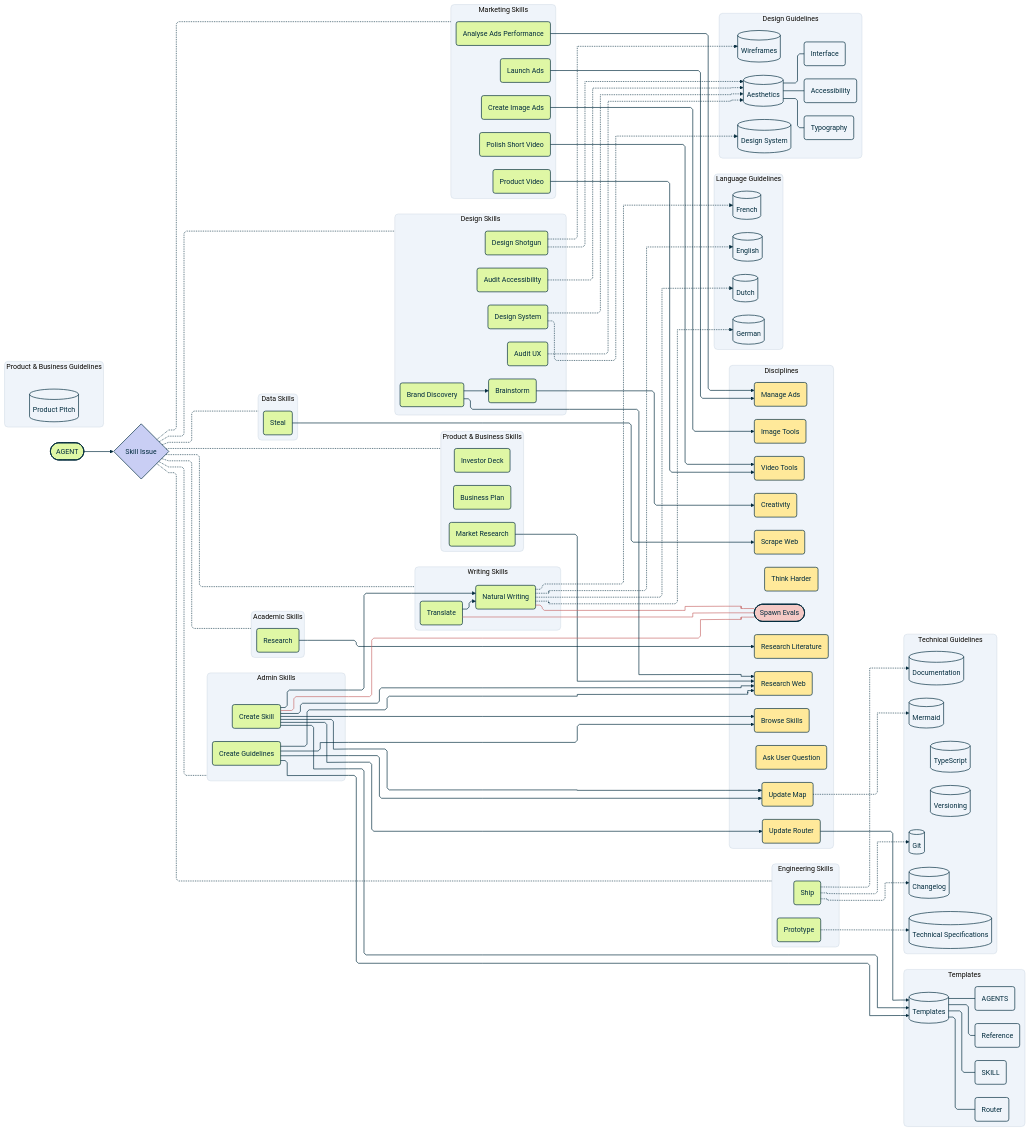
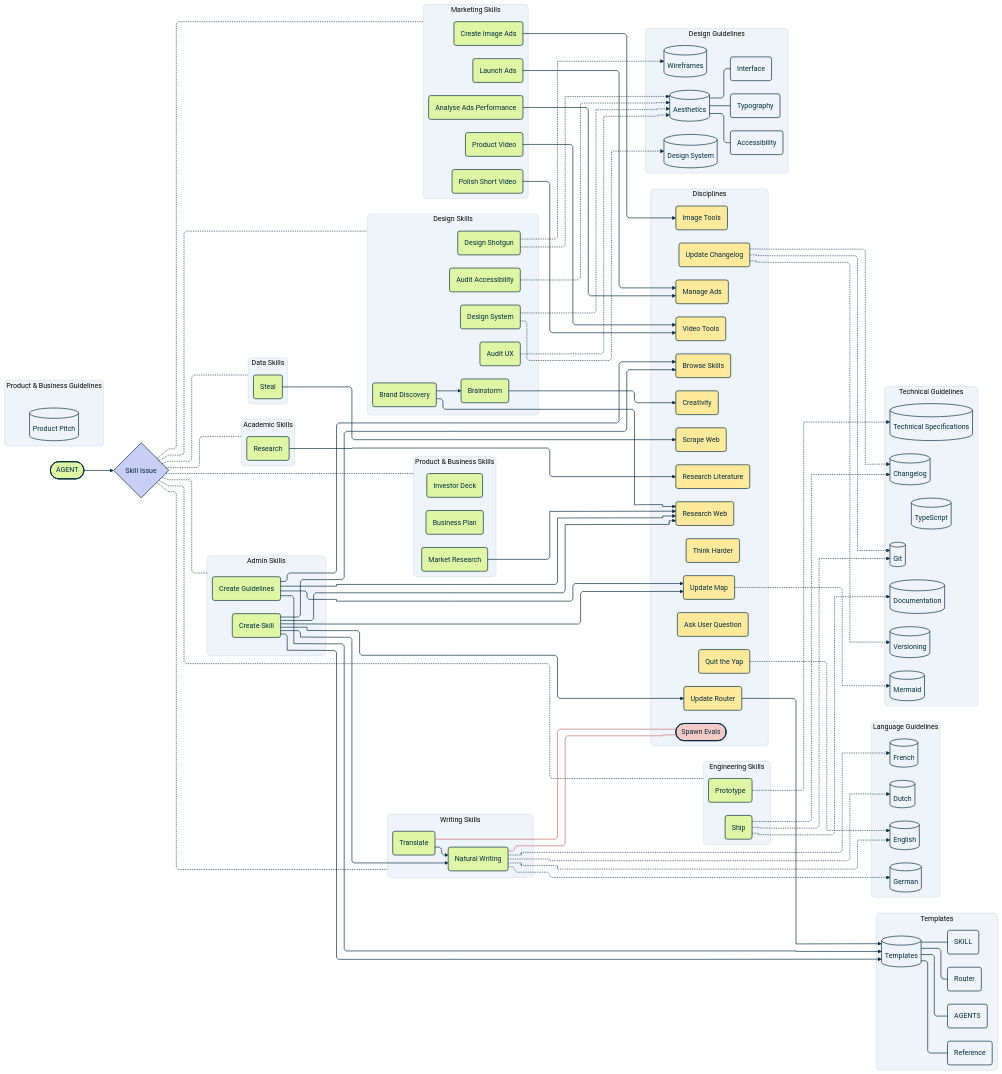
One commit to josuamittels/agent-stack changed the diagram in map.mmd. Above: the diagram before and after it, drawn with Mermaid. The commit also changed 6 other files, not shown here.

```diff
--- a/map.mmd
+++ b/map.mmd
@@ -87,6 +87,8 @@
         ask_user_question("Ask User Question")
         think_harder("Think Harder")
         browse_skills("Browse Skills")
+        update_changelog("Update Changelog")
+        quit_the_yap("Quit the Yap")
         update_map("Update Map")
         update_router("Update Router")
         research_web("Research Web")
@@ -151,7 +153,6 @@
     create_skill --> research_web
     create_skill --> browse_skills
     create_skill --> update_map
-    create_skill eval_create_skill@--- spawn_evals
     create_skill --> update_router
     update_router --> templates
     create_guidelines --> templates
@@ -159,6 +160,10 @@
     create_guidelines --> browse_skills
     create_guidelines --> update_map
     update_map -.-> mermaid
+    update_changelog -.-> changelog
+    update_changelog -.-> versioning
+    update_changelog -.-> git
+    quit_the_yap -.-> english
     translate --> natural_writing
     translate eval_translate@--- spawn_evals
     natural_writing eval_natural_writing@--- spawn_evals
@@ -188,7 +193,7 @@
     classDef knowledge fill:#EFF4FA,stroke:#002B3D,color:#002B3D,stroke-width:1.5px
     classDef document fill:#EFF4FA,stroke:#002B3D,color:#002B3D,stroke-width:1.5px
     classDef section rx:8px,ry:8px
-    class ask_user_question,think_harder,browse_skills,update_map,update_router,research_web,scrape_web,research_literature,manage_ads,creativity,image_tools,video_tools method;
+    class ask_user_question,think_harder,browse_skills,update_changelog,quit_the_yap,update_map,update_router,research_web,scrape_web,research_literature,manage_ads,creativity,image_tools,video_tools method;
     class skill_issue decision
     class eval_create_skill,eval_translate,eval_natural_writing evaluation_link
     class spawn_evals evaluation
```
